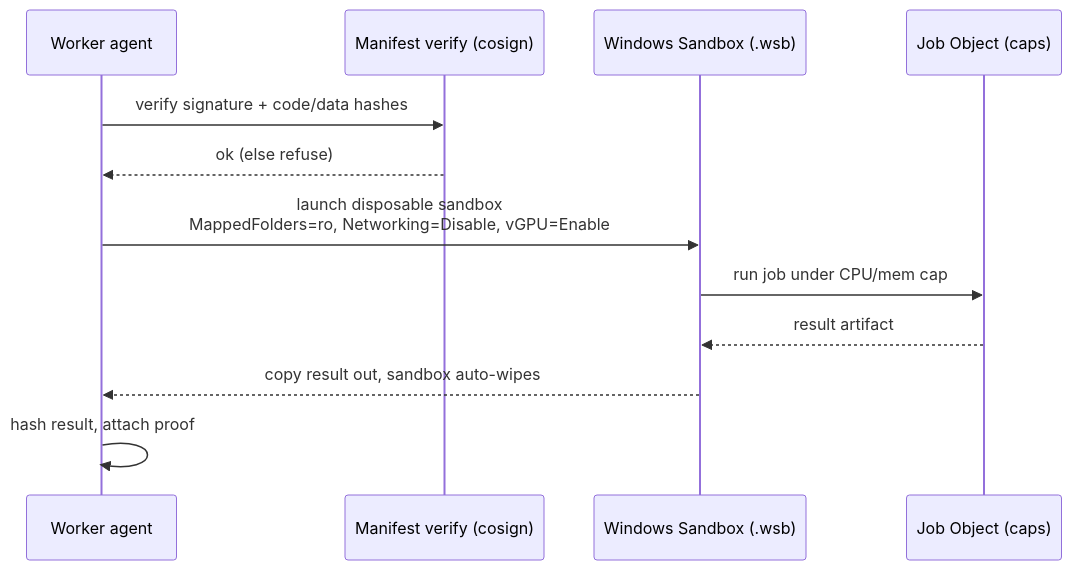
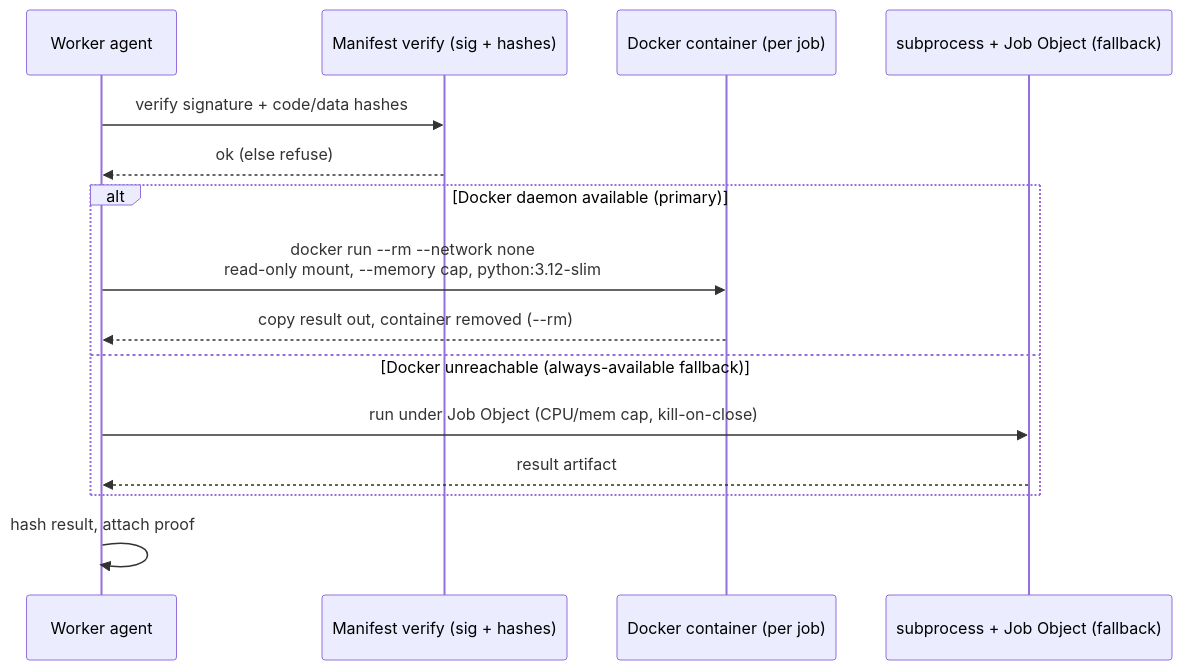
Before and after one commit to Aditya-Katkuri/OneCompute: the second of 3 diagrams in docs/architecture.md, drawn with Mermaid. The commit also changed other lines of this file, not shown here.

Commit message:
Reconcile architecture isolation docs with the Docker-per-job implementation

````diff
--- a/docs/architecture.md
+++ b/docs/architecture.md
@@ -117,14 +117,17 @@
 ```mermaid
 sequenceDiagram
     participant A as Worker agent
-    participant V as Manifest verify (cosign)
-    participant SB as Windows Sandbox (.wsb)
-    participant JO as Job Object (caps)
+    participant V as Manifest verify (sig + hashes)
+    participant DK as Docker container (per job)
+    participant JO as subprocess + Job Object (fallback)
     A->>V: verify signature + code/data hashes
     V-->>A: ok (else refuse)
-    A->>SB: launch disposable sandbox<br/>MappedFolders=ro, Networking=Disable, vGPU=Enable
-    SB->>JO: run job under CPU/mem cap
-    JO-->>SB: result artifact
-    SB-->>A: copy result out, sandbox auto-wipes
+    alt Docker daemon available (primary)
+        A->>DK: docker run --rm --network none<br/>read-only mount, --memory cap, python:3.12-slim
+        DK-->>A: copy result out, container removed (--rm)
+    else Docker unreachable (always-available fallback)
+        A->>JO: run under Job Object (CPU/mem cap, kill-on-close)
+        JO-->>A: result artifact
+    end
     A->>A: hash result, attach proof
 ```
````
